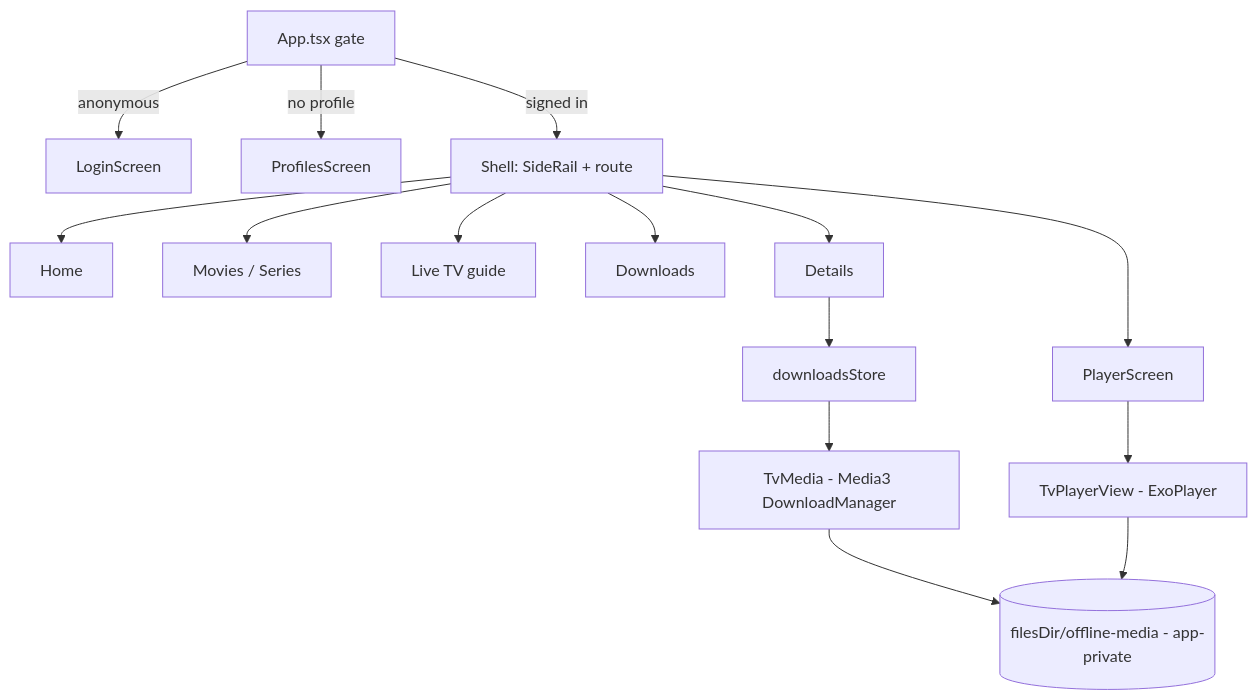
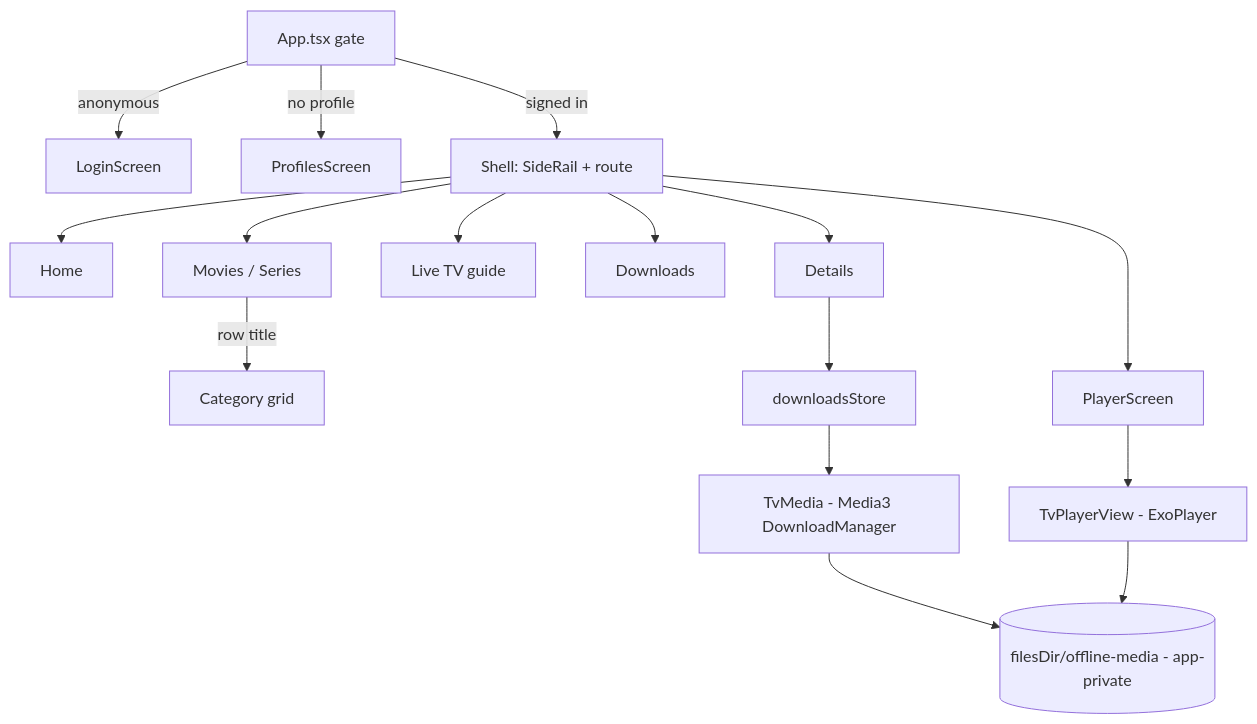
The diagram in apps/tv-app/README.md (brunoccst/iptv-player), drawn with Mermaid before and after one commit. The commit also changed other lines of this file and 37 other files, not shown here.

````diff
--- a/apps/tv-app/README.md
+++ b/apps/tv-app/README.md
@@ -7,12 +7,13 @@
 ```mermaid
 flowchart TD
   APP[App.tsx gate] -->|anonymous| LOGIN[LoginScreen]
   APP -->|no profile| PROFILES[ProfilesScreen]
   APP -->|signed in| SHELL[Shell: SideRail + route]
   SHELL --> HOME[Home] & BROWSE[Movies / Series] & LIVE[Live TV guide] & DL[Downloads] & DETAILS[Details]
+  BROWSE -->|row title| CATEGORY[Category grid]
   SHELL --> PLAYER[PlayerScreen]
   PLAYER --> VIEW[TvPlayerView - ExoPlayer]
   DETAILS --> STORE[downloadsStore] --> NATIVE[TvMedia - Media3 DownloadManager]
   NATIVE --> CACHE[(filesDir/offline-media - app-private)]
   VIEW --> CACHE
 ```
````
